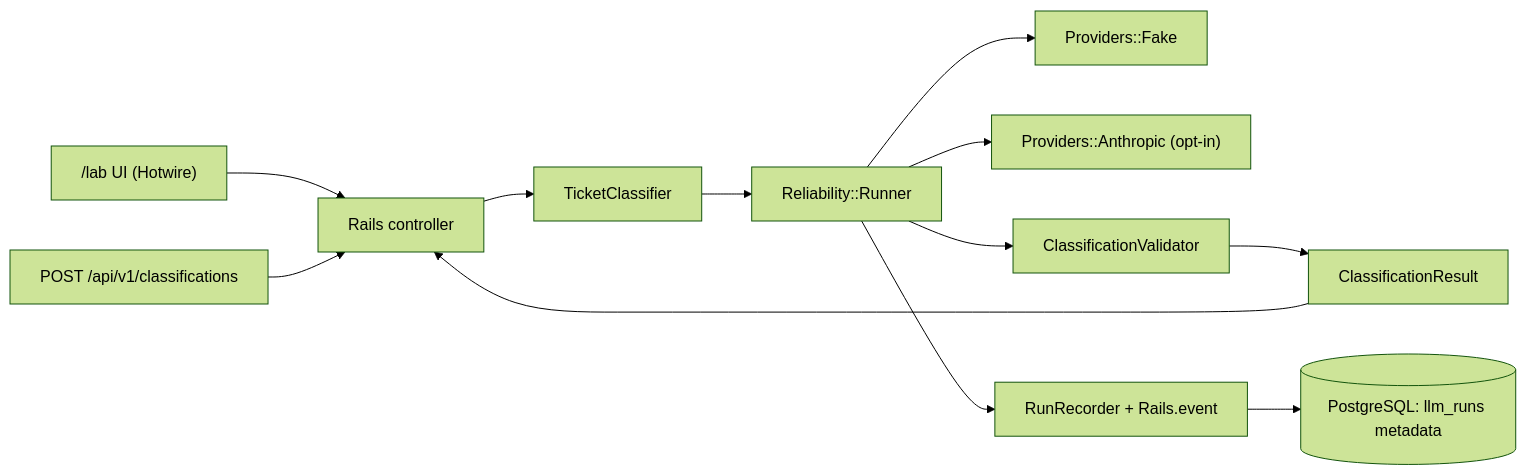
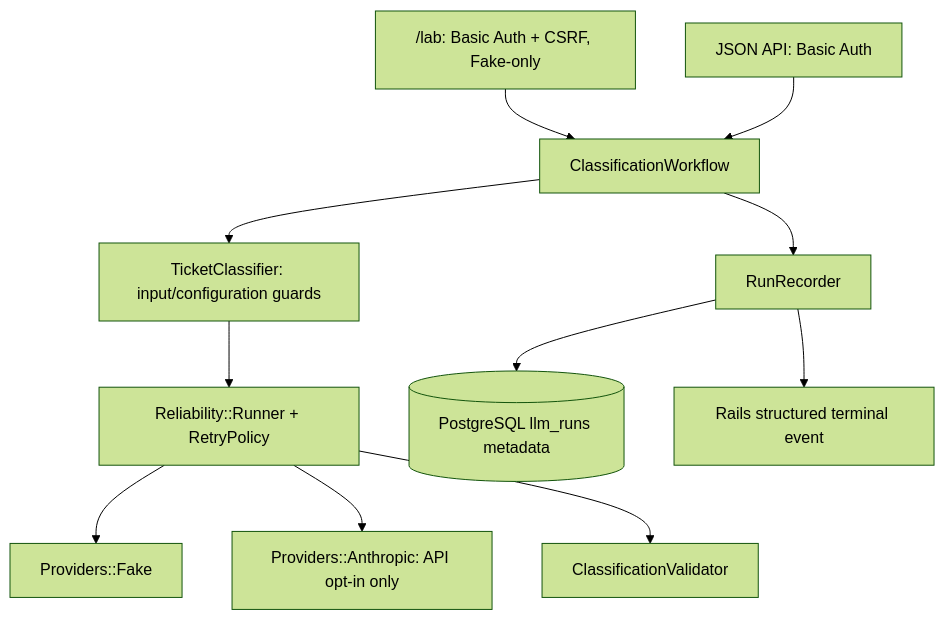
Before and after one commit to AndriiVal/rails-ai-reliability-lab: the diagram in SPEC.md, drawn with Mermaid (forest theme). The commit also changed other lines of this file and 10 other files, not shown here.

````diff
--- a/SPEC.md
+++ b/SPEC.md
@@ -80,14 +80,13 @@
 ```mermaid
-flowchart LR
-  UI["/lab UI (Hotwire)"] --> CTRL["Rails controller"]
-  API["POST /api/v1/classifications"] --> CTRL
-  CTRL --> SRV["TicketClassifier"]
-  SRV --> RUN["Reliability::Runner"]
-  RUN --> FAKE["Providers::Fake"]
-  RUN --> CLAUDE["Providers::Anthropic (opt-in)"]
-  RUN --> VAL["ClassificationValidator"]
-  VAL --> RESULT["ClassificationResult"]
-  RUN --> OBS["RunRecorder + Rails.event"]
-  OBS --> DB[("PostgreSQL: llm_runs metadata")]
-  RESULT --> CTRL
+flowchart TD
+  UI["/lab: Basic Auth + CSRF, Fake-only"] --> WF[ClassificationWorkflow]
+  API["JSON API: Basic Auth"] --> WF
+  WF --> TC[TicketClassifier: input/configuration guards]
+  TC --> RUN["Reliability::Runner + RetryPolicy"]
+  RUN --> FAKE[Providers::Fake]
+  RUN --> CLAUDE[Providers::Anthropic: API opt-in only]
+  RUN --> VAL[ClassificationValidator]
+  WF --> OBS[RunRecorder]
+  OBS --> DB[(PostgreSQL llm_runs metadata)]
+  OBS --> EVT[Rails structured terminal event]
 ```
````
